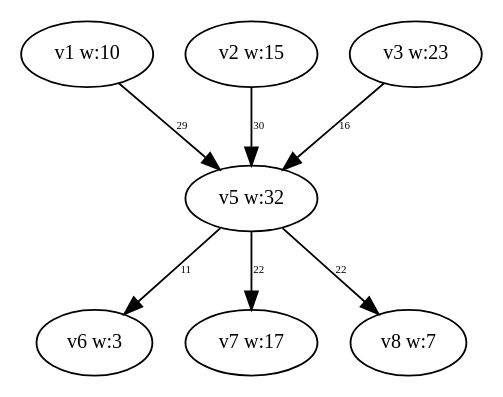
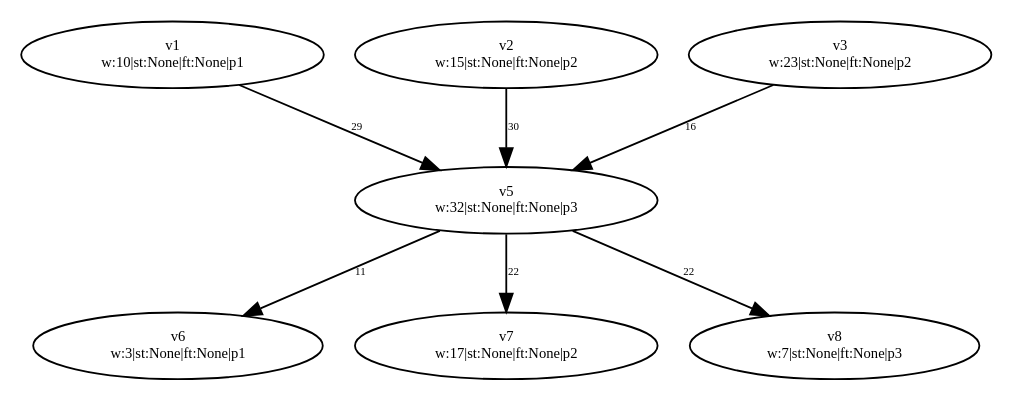
The diagram in PythonApplication1/PythonApplication1/test-output/slika_3_Simplified.gv (dexters1/Task-Scheduling-Based-on-Genetic-Algorithms), drawn with Graphviz before and after one commit. The commit also changed 51 other files, not shown here.

```diff
--- a/PythonApplication1/PythonApplication1/test-output/slika_3_Simplified.gv
+++ b/PythonApplication1/PythonApplication1/test-output/slika_3_Simplified.gv
@@ -1,15 +1,22 @@
 digraph {
-	v1 [label="v1 w:10" fontsize=11.0]
-	v2 [label="v2 w:15" fontsize=11.0]
-	v3 [label="v3 w:23" fontsize=11.0]
-	v5 [label="v5 w:32" fontsize=11.0]
-	v6 [label="v6 w:3" fontsize=11.0]
-	v7 [label="v7 w:17" fontsize=11.0]
-	v8 [label="v8 w:7" fontsize=11.0]
+	v1 [label="v1
+w:10|st:None|ft:None|p1" fontsize=8.0]
+	v2 [label="v2
+w:15|st:None|ft:None|p2" fontsize=8.0]
+	v3 [label="v3
+w:23|st:None|ft:None|p2" fontsize=8.0]
+	v5 [label="v5
+w:32|st:None|ft:None|p3" fontsize=8.0]
+	v6 [label="v6
+w:3|st:None|ft:None|p1" fontsize=8.0]
+	v7 [label="v7
+w:17|st:None|ft:None|p2" fontsize=8.0]
+	v8 [label="v8
+w:7|st:None|ft:None|p3" fontsize=8.0]
 	v5 -> v6 [label=11 constraint=true fontsize=6.0]
 	v5 -> v7 [label=22 constraint=true fontsize=6.0]
 	v5 -> v8 [label=22 constraint=true fontsize=6.0]
 	v1 -> v5 [label=29 constraint=true fontsize=6.0]
 	v2 -> v5 [label=30 constraint=true fontsize=6.0]
 	v3 -> v5 [label=16 constraint=true fontsize=6.0]
 }
```
